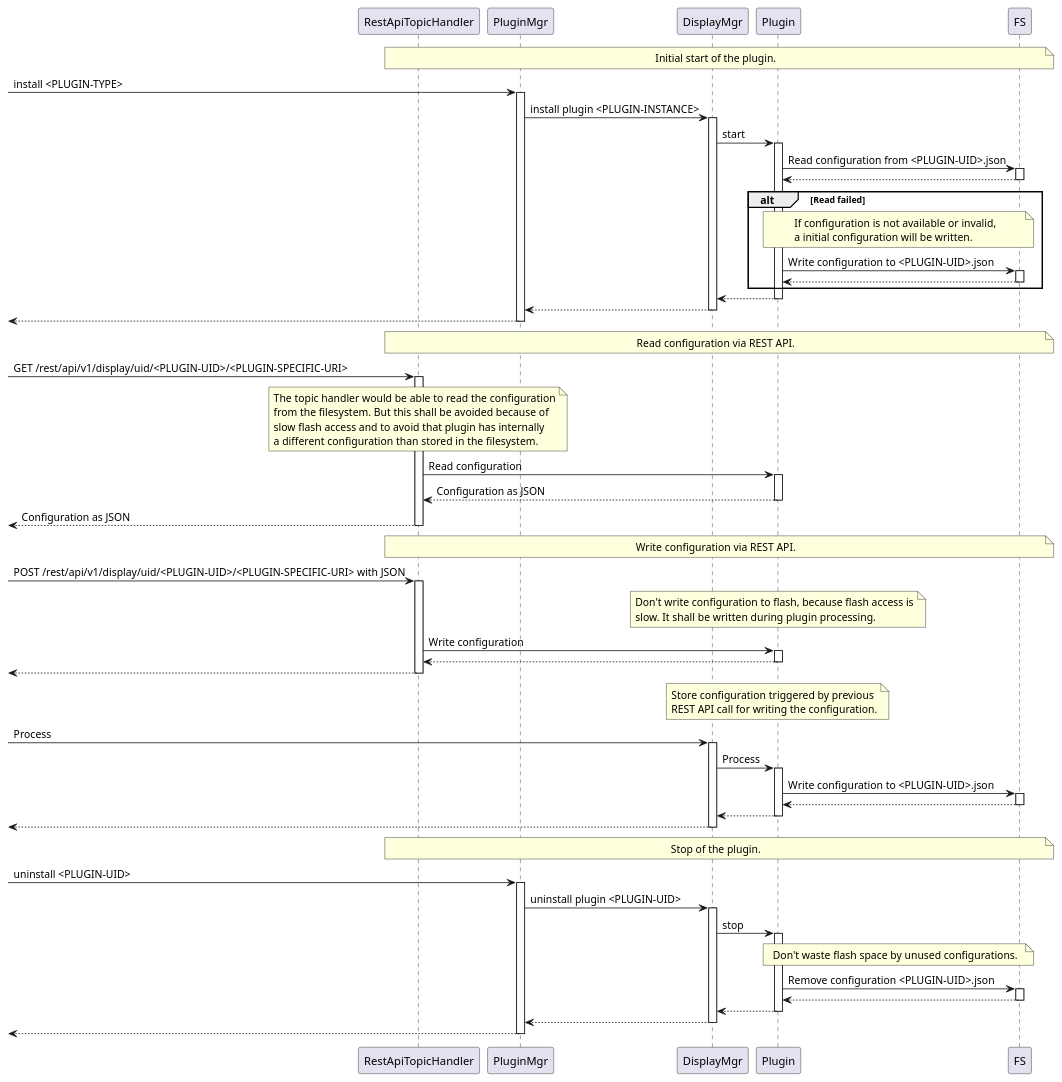
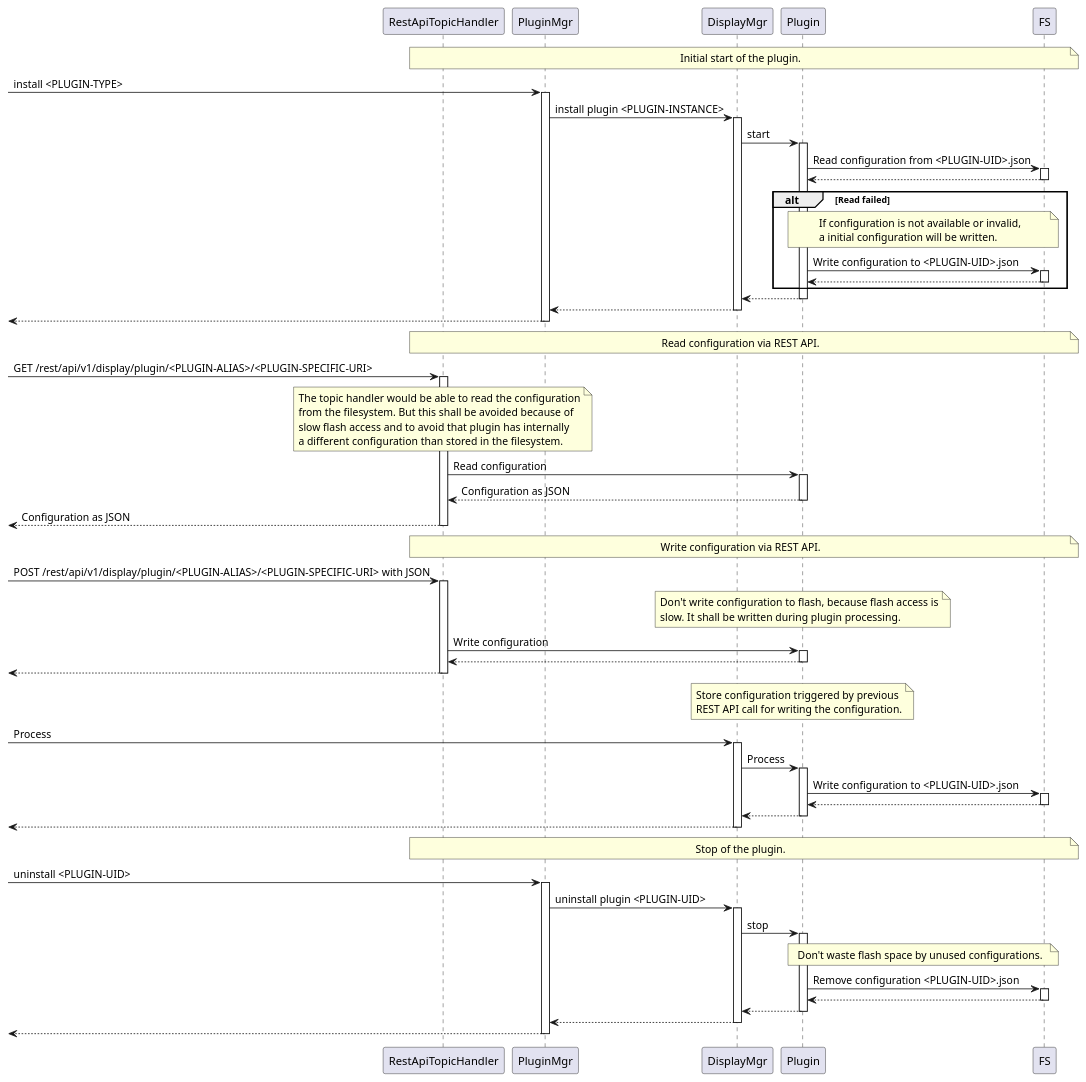
Before and after one commit to BlueAndi/Pixelix: the diagram in doc/architecture/uml/plugin_cfg_handling.wsd, drawn with PlantUML. The commit also changed 10 other files, not shown here.

First line of the commit message:
Documentation follows the single plugin topic path.

```diff
--- a/doc/architecture/uml/plugin_cfg_handling.wsd
+++ b/doc/architecture/uml/plugin_cfg_handling.wsd
@@ -1,90 +1,90 @@
 @startuml plugin_cfg_handling
 
 participant "RestApiTopicHandler" as restApiTopicHandler
 participant "PluginMgr" as pluginMgr
 participant "DisplayMgr" as displayMgr
 participant "Plugin" as plugin
 participant "FS" as fs
 
 autoactivate on
 
 note over restApiTopicHandler,fs
     Initial start of the plugin.
 end note
 
 -> pluginMgr: install <PLUGIN-TYPE>
     pluginMgr -> displayMgr: install plugin <PLUGIN-INSTANCE>
         displayMgr -> plugin : start
             plugin ->  fs: Read configuration from <PLUGIN-UID>.json
             plugin <-- fs
 
             alt Read failed
                 note over plugin,fs
                     If configuration is not available or invalid,
                     a initial configuration will be written.
                 end note
                 plugin -> fs: Write configuration to <PLUGIN-UID>.json
                 plugin <-- fs
             end alt
 
         displayMgr <--plugin
     pluginMgr <-- displayMgr
 <-- pluginMgr
 
 note over restApiTopicHandler,fs
     Read configuration via REST API.
 end note
 
--> restApiTopicHandler: GET /rest/api/v1/display/uid/<PLUGIN-UID>/<PLUGIN-SPECIFIC-URI>
+-> restApiTopicHandler: GET /rest/api/v1/display/plugin/<PLUGIN-ALIAS>/<PLUGIN-SPECIFIC-URI>
     note over restApiTopicHandler
         The topic handler would be able to read the configuration
         from the filesystem. But this shall be avoided because of
         slow flash access and to avoid that plugin has internally
         a different configuration than stored in the filesystem.
     end note
     restApiTopicHandler -> plugin: Read configuration
     restApiTopicHandler <-- plugin: Configuration as JSON
 <-- restApiTopicHandler: Configuration as JSON
 
 note over restApiTopicHandler,fs
     Write configuration via REST API.
 end note
 
--> restApiTopicHandler: POST /rest/api/v1/display/uid/<PLUGIN-UID>/<PLUGIN-SPECIFIC-URI> with JSON
+-> restApiTopicHandler: POST /rest/api/v1/display/plugin/<PLUGIN-ALIAS>/<PLUGIN-SPECIFIC-URI> with JSON
     note over plugin
         Don't write configuration to flash, because flash access is
         slow. It shall be written during plugin processing.
     end note
     restApiTopicHandler -> plugin: Write configuration
     restApiTopicHandler <-- plugin
 <-- restApiTopicHandler
 
 note over plugin
     Store configuration triggered by previous
     REST API call for writing the configuration.
 end note
 
 -> displayMgr: Process
     displayMgr -> plugin: Process
         plugin -> fs: Write configuration to <PLUGIN-UID>.json
         plugin <-- fs
     displayMgr <-- plugin
 <-- displayMgr
 
 note over restApiTopicHandler,fs
     Stop of the plugin.
 end note
 
 -> pluginMgr: uninstall <PLUGIN-UID>
     pluginMgr -> displayMgr: uninstall plugin <PLUGIN-UID>
         displayMgr -> plugin : stop
             note over plugin,fs
                 Don't waste flash space by unused configurations.
             end note
             plugin ->  fs: Remove configuration <PLUGIN-UID>.json
             plugin <-- fs
         displayMgr <--plugin
     pluginMgr <-- displayMgr
 <-- pluginMgr
 
 @enduml
```
